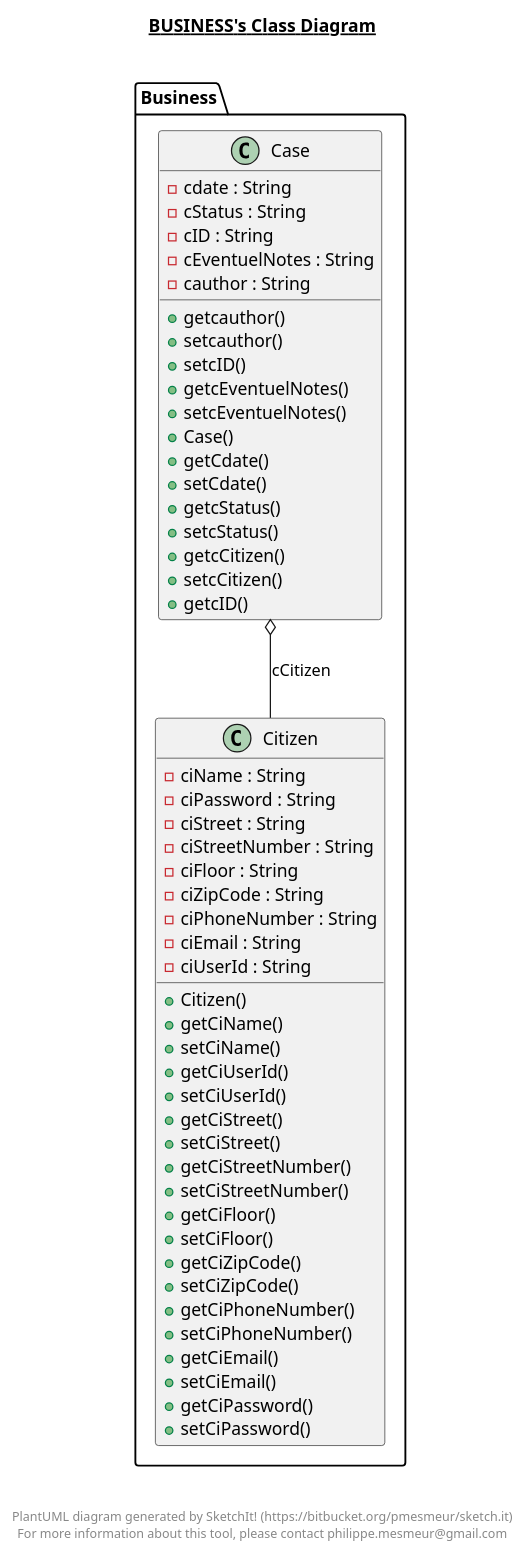
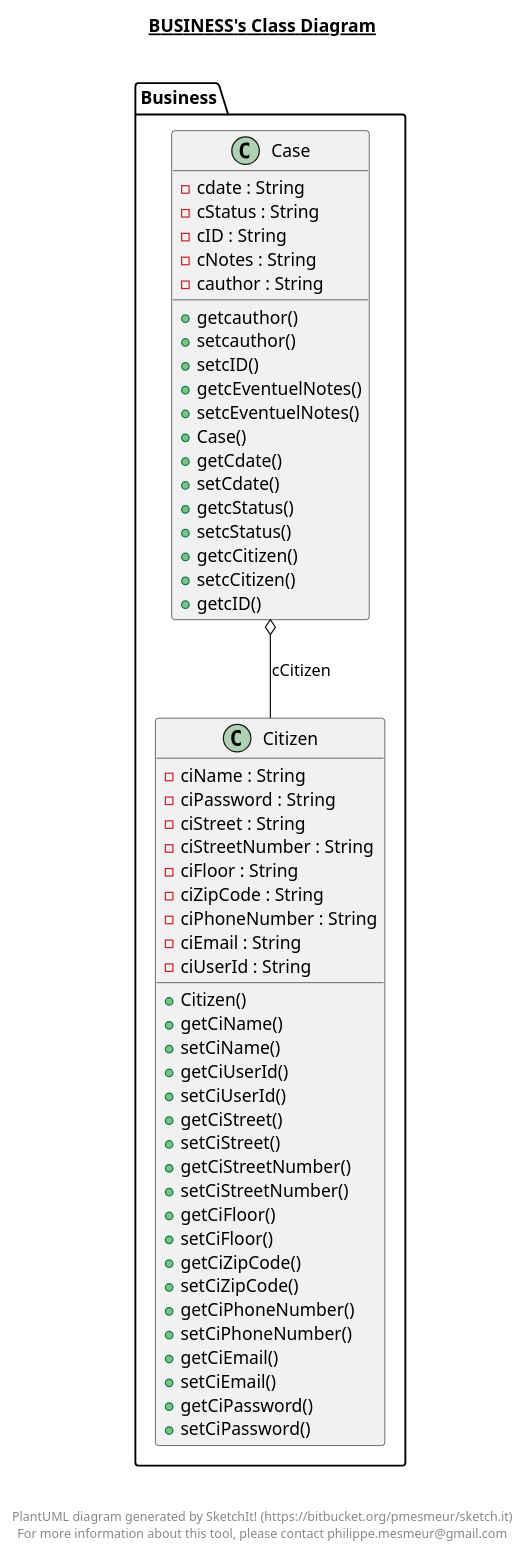
One commit to BangPoulsen/SensumUdred changed the diagram in src/Business/Business.plantuml. Above: the diagram before and after it, drawn with PlantUML. The commit also changed 23 other files, not shown here.

```diff
--- a/src/Business/Business.plantuml
+++ b/src/Business/Business.plantuml
@@ -1,73 +1,73 @@
 @startuml
 
 title __BUSINESS's Class Diagram__\n
 
   package Business {
     class Case {
         - cdate : String
         - cStatus : String
         - cID : String
-        - cEventuelNotes : String
+        - cNotes : String
         - cauthor : String
         + getcauthor()
         + setcauthor()
         + setcID()
         + getcEventuelNotes()
         + setcEventuelNotes()
         + Case()
         + getCdate()
         + setCdate()
         + getcStatus()
         + setcStatus()
         + getcCitizen()
         + setcCitizen()
         + getcID()
     }
   }
   
 
   package Business {
     class Citizen {
         - ciName : String
         - ciPassword : String
         - ciStreet : String
         - ciStreetNumber : String
         - ciFloor : String
         - ciZipCode : String
         - ciPhoneNumber : String
         - ciEmail : String
         - ciUserId : String
         + Citizen()
         + getCiName()
         + setCiName()
         + getCiUserId()
         + setCiUserId()
         + getCiStreet()
         + setCiStreet()
         + getCiStreetNumber()
         + setCiStreetNumber()
         + getCiFloor()
         + setCiFloor()
         + getCiZipCode()
         + setCiZipCode()
         + getCiPhoneNumber()
         + setCiPhoneNumber()
         + getCiEmail()
         + setCiEmail()
         + getCiPassword()
         + setCiPassword()
     }
   }
   
 
   Case o-- Citizen : cCitizen
 
 
 right footer
 
 
 PlantUML diagram generated by SketchIt! (https://bitbucket.org/pmesmeur/sketch.it)
 For more information about this tool, please contact philippe.mesmeur@gmail.com
 endfooter
 
 @enduml
```
